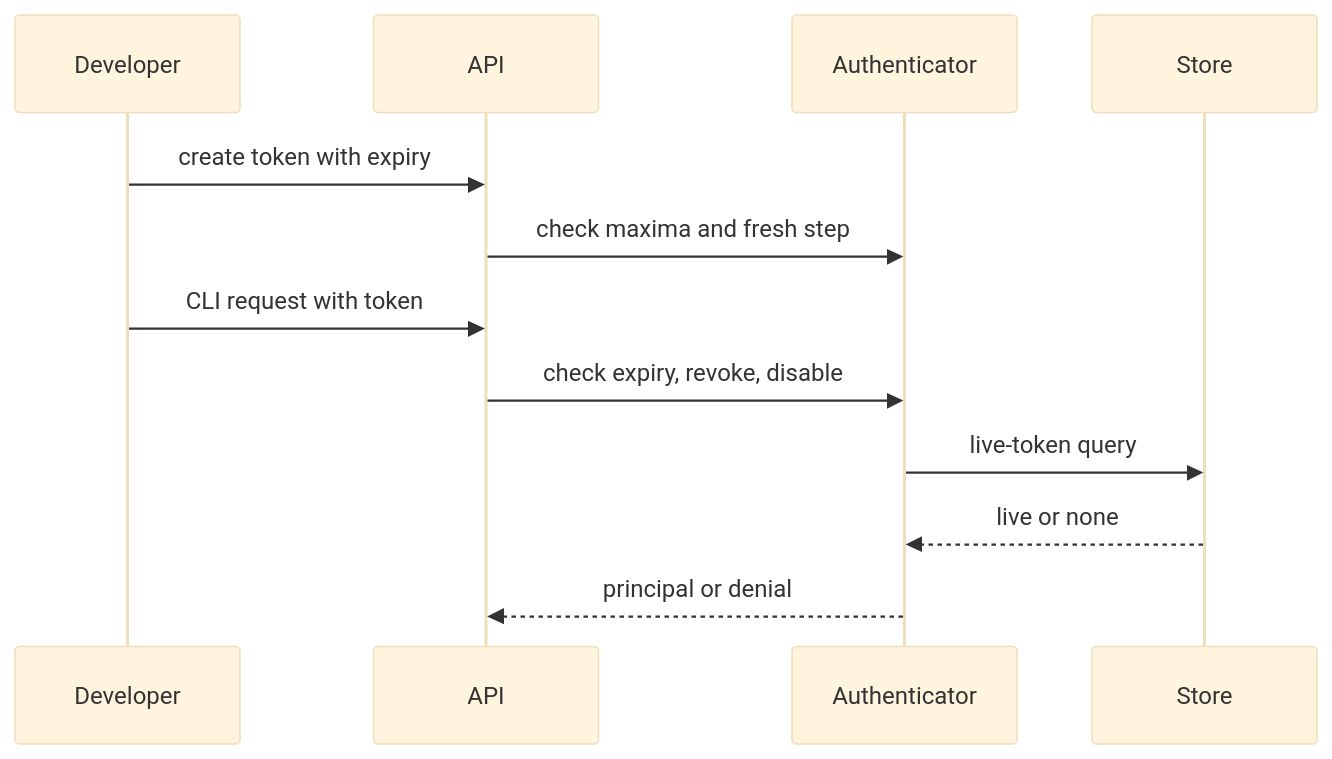
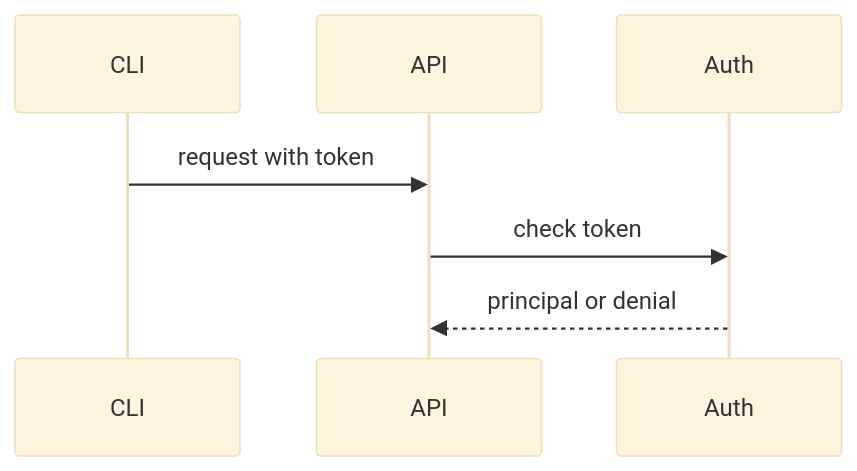
One commit to OpenDustpan/OpenDustpan changed the second of 4 diagrams in openspec/changes/token-life-cycle-expiry-email-token-expiry-enforcement/design.md. Above: the diagram before and after it, drawn with Mermaid (base theme). The commit also changed other lines of this file and 12 other files, not shown here.

````diff
--- a/openspec/changes/token-life-cycle-expiry-email-token-expiry-enforcement/design.md
+++ b/openspec/changes/token-life-cycle-expiry-email-token-expiry-enforcement/design.md
@@ -46,14 +43,9 @@
 ```mermaid
 sequenceDiagram
- participant D as Developer
+ participant C as CLI
  participant API
- participant Auth as Authenticator
- participant Store
- D->>API: create token with expiry
- API->>Auth: check maxima and fresh step
- D->>API: CLI request with token
- API->>Auth: check expiry, revoke, disable
- Auth->>Store: live-token query
- Store-->>Auth: live or none
+ participant Auth
+ C->>API: request with token
+ API->>Auth: check token
  Auth-->>API: principal or denial
 ```
````
